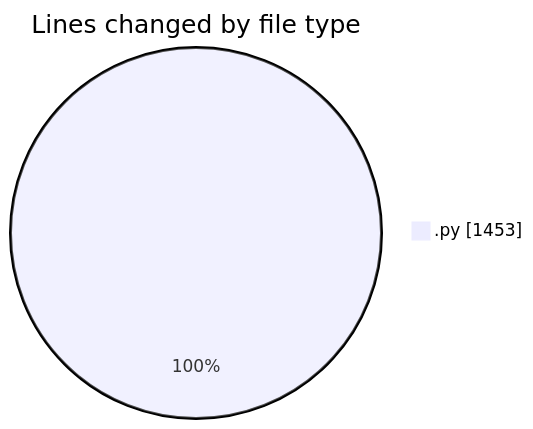
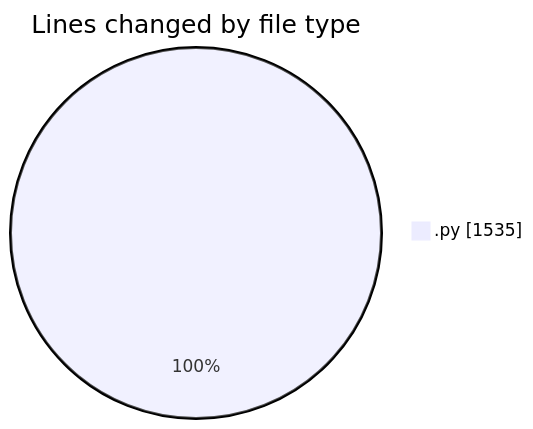
Before and after one commit to MatusMokan/code-tracking: the first of 2 diagrams in 2025-05-08/myws__workspace_/README.md, drawn with Mermaid. The commit also changed other lines of this file and 1 other file, not shown here.

````diff
--- a/2025-05-08/myws__workspace_/README.md
+++ b/2025-05-08/myws__workspace_/README.md
@@ -22,5 +22,5 @@
 ```mermaid
 pie showData
 title Lines changed by file type
-".py" : 1453
+".py" : 1535
 ```
````
